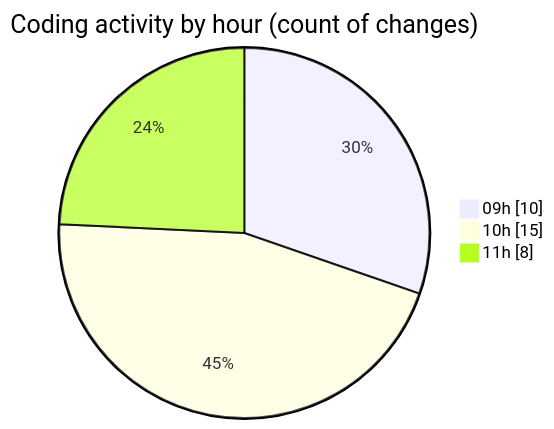
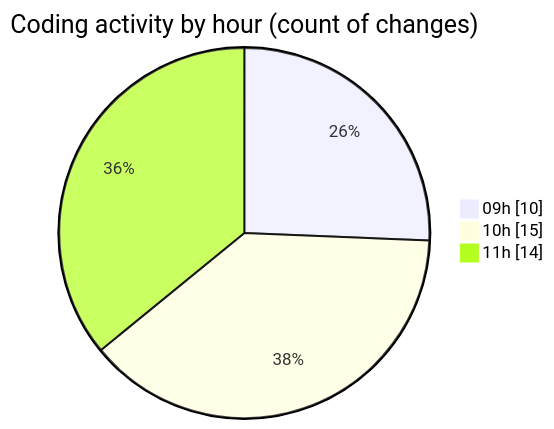
The second of 2 diagrams in 2025-03-21/myws__workspace_/README.md (MatusMokan/code-tracking), drawn with Mermaid before and after one commit. The commit also changed other lines of this file and 1 other file, not shown here.

````diff
--- a/2025-03-21/myws__workspace_/README.md
+++ b/2025-03-21/myws__workspace_/README.md
@@ -30,7 +30,7 @@
 ```mermaid
 pie showData
 title Coding activity by hour (count of changes)
 "09h" : 10
 "10h" : 15
-"11h" : 8
+"11h" : 14
 ```
````
